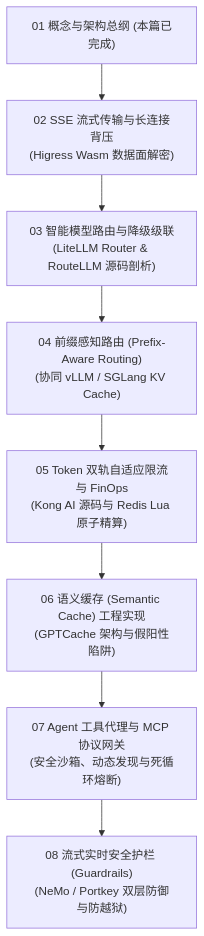
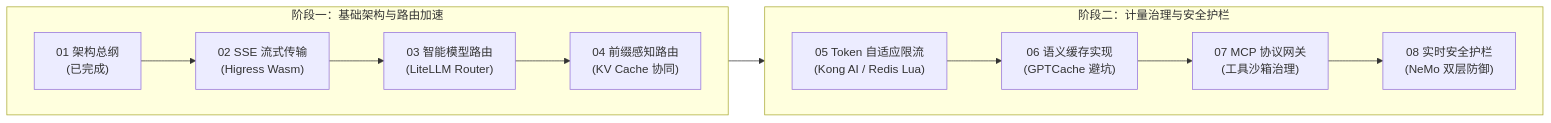
Before and after one commit to MoreConsequence/MoreConsequence.github.io: the fifth of 5 diagrams in content/posts/ai-agent-gateway/ai-gateway-01-architecture-first-principles.md, drawn with Mermaid. The commit also changed other lines of this file and 835 other files, not shown here.

First line of the commit message:
feat(blog): 全站33篇新增深度专栏与博文全量审核上线及矢量图表优化

````diff
--- a/content/posts/ai-agent-gateway/ai-gateway-01-architecture-first-principles.md
+++ b/content/posts/ai-agent-gateway/ai-gateway-01-architecture-first-principles.md
@@ -397,10 +347,14 @@
 ```mermaid
-flowchart TD
-    P1["01 概念与架构总纲 (本篇已完成)"] --> P2["02 SSE 流式传输与长连接背压<br/>(Higress Wasm 数据面解密)"]
-    P2 --> P3["03 智能模型路由与降级级联<br/>(LiteLLM Router & RouteLLM 源码剖析)"]
-    P3 --> P4["04 前缀感知路由 (Prefix-Aware Routing)<br/>(协同 vLLM / SGLang KV Cache)"]
-    P4 --> P5["05 Token 双轨自适应限流与 FinOps<br/>(Kong AI 源码与 Redis Lua 原子精算)"]
-    P5 --> P6["06 语义缓存 (Semantic Cache) 工程实现<br/>(GPTCache 架构与假阳性陷阱)"]
-    P6 --> P7["07 Agent 工具代理与 MCP 协议网关<br/>(安全沙箱、动态发现与死循环熔断)"]
-    P7 --> P8["08 流式实时安全护栏 (Guardrails)<br/>(NeMo / Portkey 双层防御与防越狱)"]
+flowchart LR
+    subgraph Track1["阶段一：基础架构与路由加速"]
+        direction LR
+        P1["01 架构总纲<br/>(已完成)"] --> P2["02 SSE 流式传输<br/>(Higress Wasm)"] --> P3["03 智能模型路由<br/>(LiteLLM Router)"] --> P4["04 前缀感知路由<br/>(KV Cache 协同)"]
+    end
+
+    subgraph Track2["阶段二：计量治理与安全护栏"]
+        direction LR
+        P5["05 Token 自适应限流<br/>(Kong AI / Redis Lua)"] --> P6["06 语义缓存实现<br/>(GPTCache 避坑)"] --> P7["07 MCP 协议网关<br/>(工具沙箱治理)"] --> P8["08 实时安全护栏<br/>(NeMo 双层防御)"]
+    end
+
+    Track1 --> Track2
 ```
````
